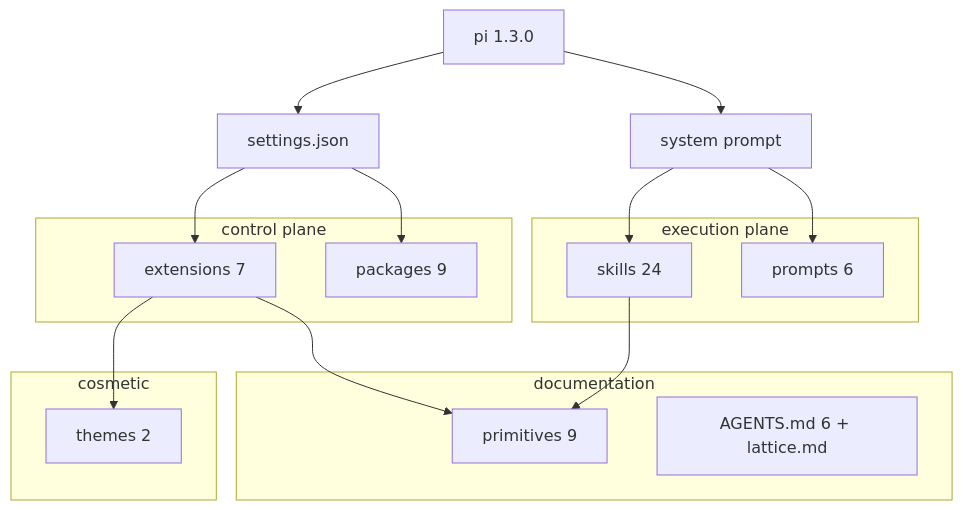
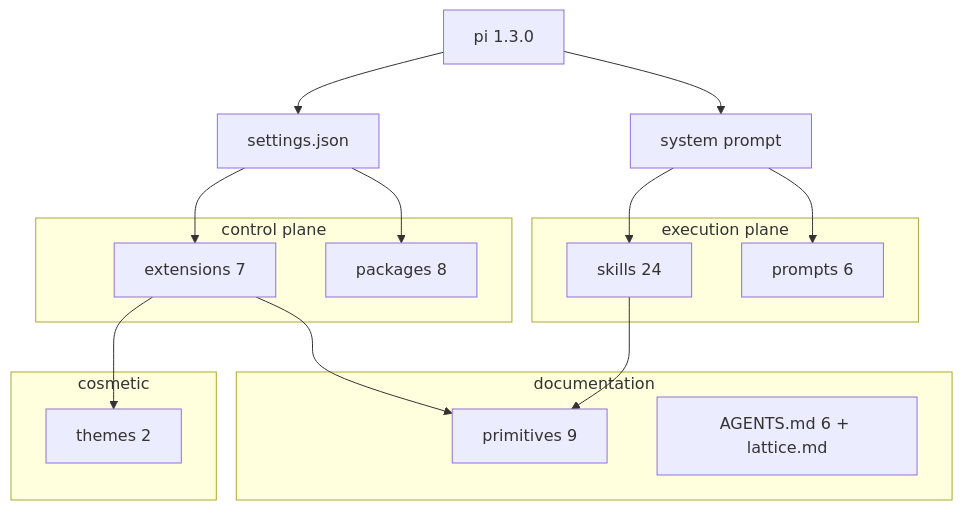
One commit to sub0xdai/n0x-pi changed the first of 5 diagrams in agent/harness-map.md. Above: the diagram before and after it, drawn with Mermaid. The commit also changed other lines of this file and 7 other files, not shown here.

````diff
--- a/agent/harness-map.md
+++ b/agent/harness-map.md
@@ -29,30 +29,30 @@
 ```mermaid
 flowchart TB
     P["pi 1.3.0"]
     SP["system prompt"]
     SET["settings.json"]
     subgraph CTL["control plane"]
         EXT["extensions 7"]
-        PKG["packages 9"]
+        PKG["packages 8"]
     end
     subgraph EXE["execution plane"]
         SK["skills 24"]
         PR["prompts 6"]
     end
     subgraph DOC["documentation"]
         PRI["primitives 9"]
         DOX["AGENTS.md 6 + lattice.md"]
     end
     subgraph COS["cosmetic"]
         TH["themes 2"]
     end
     P --> SP
     P --> SET
     SP --> SK
     SP --> PR
     SET --> EXT
     SET --> PKG
     EXT --> PRI
     SK --> PRI
     EXT --> TH
 ```
````
